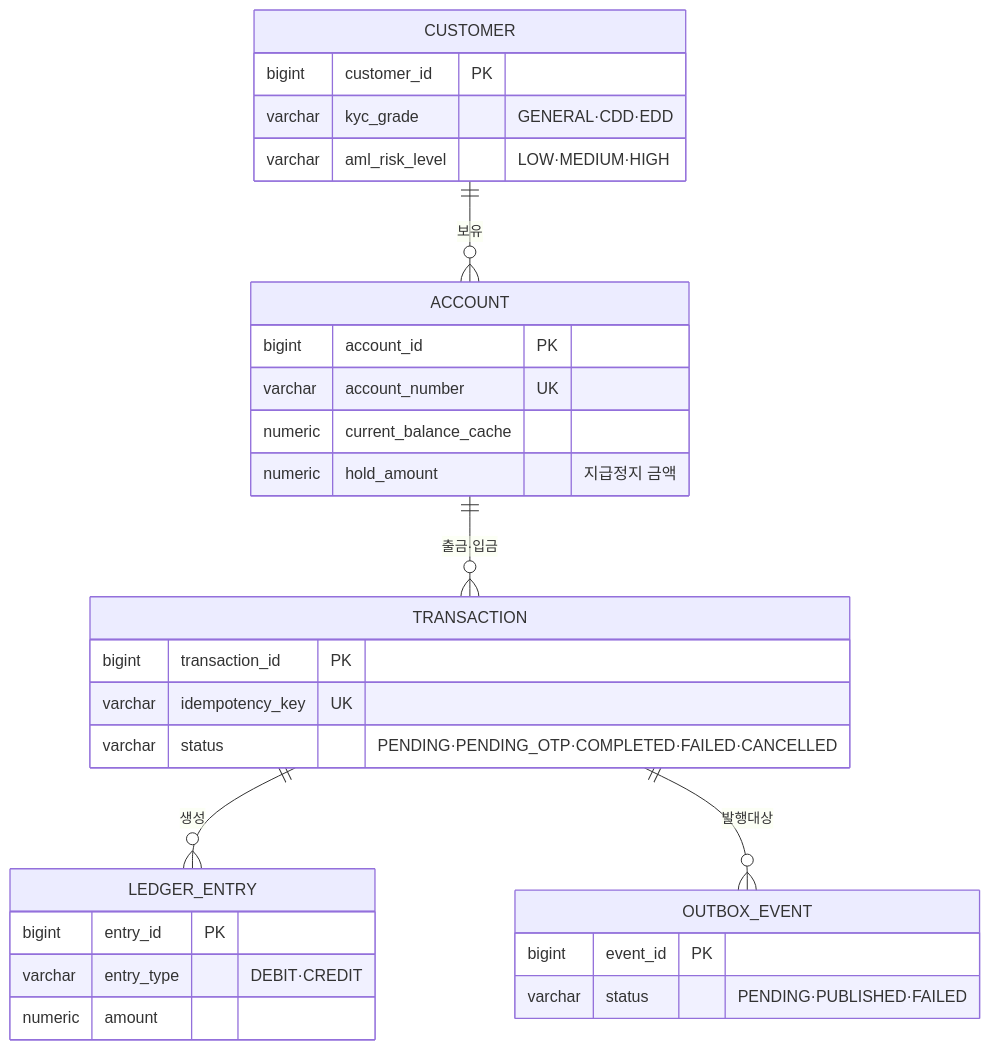
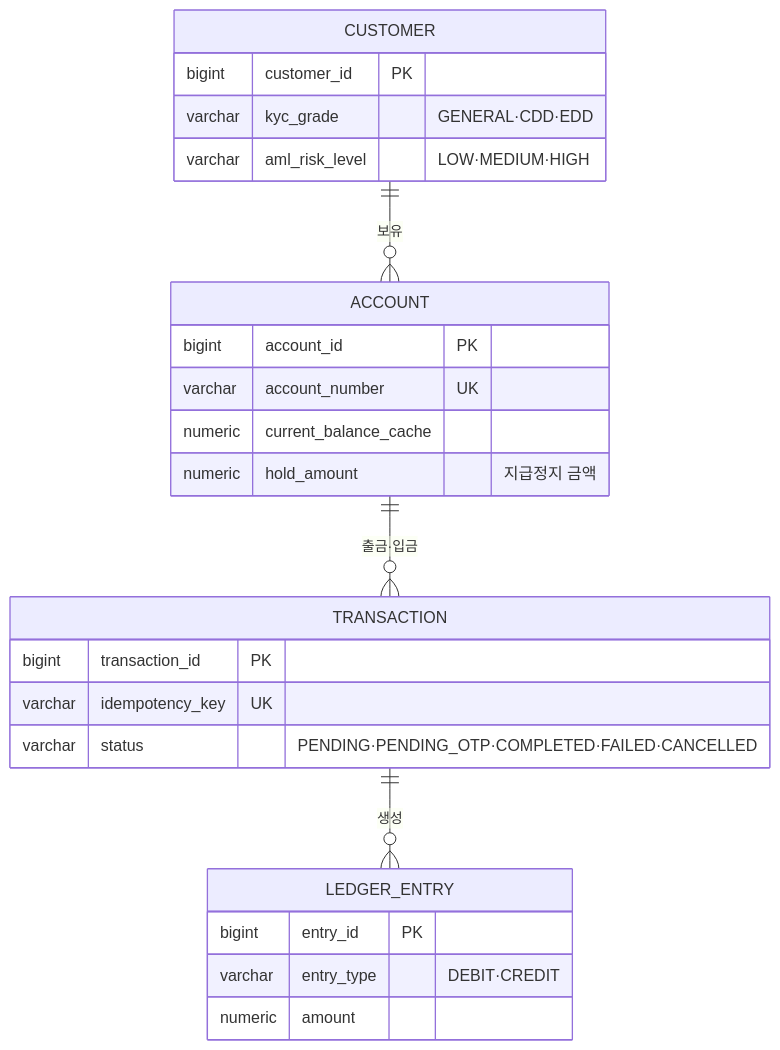
One commit to JaeHyun10-03/J-Bank changed the second of 4 diagrams in README.md. Above: the diagram before and after it, drawn with Mermaid. The commit also changed other lines of this file and 36 other files, not shown here.

````diff
--- a/README.md
+++ b/README.md
@@ -96,33 +93,28 @@
 ```mermaid
 erDiagram
     CUSTOMER ||--o{ ACCOUNT : 보유
     ACCOUNT ||--o{ TRANSACTION : "출금·입금"
     TRANSACTION ||--o{ LEDGER_ENTRY : 생성
-    TRANSACTION ||--o{ OUTBOX_EVENT : 발행대상
 
     CUSTOMER {
         bigint customer_id PK
         varchar kyc_grade "GENERAL·CDD·EDD"
         varchar aml_risk_level "LOW·MEDIUM·HIGH"
     }
     ACCOUNT {
         bigint account_id PK
         varchar account_number UK
         numeric current_balance_cache
         numeric hold_amount "지급정지 금액"
     }
     TRANSACTION {
         bigint transaction_id PK
         varchar idempotency_key UK
         varchar status "PENDING·PENDING_OTP·COMPLETED·FAILED·CANCELLED"
     }
     LEDGER_ENTRY {
         bigint entry_id PK
         varchar entry_type "DEBIT·CREDIT"
         numeric amount
     }
-    OUTBOX_EVENT {
-        bigint event_id PK
-        varchar status "PENDING·PUBLISHED·FAILED"
-    }
 ```
````
